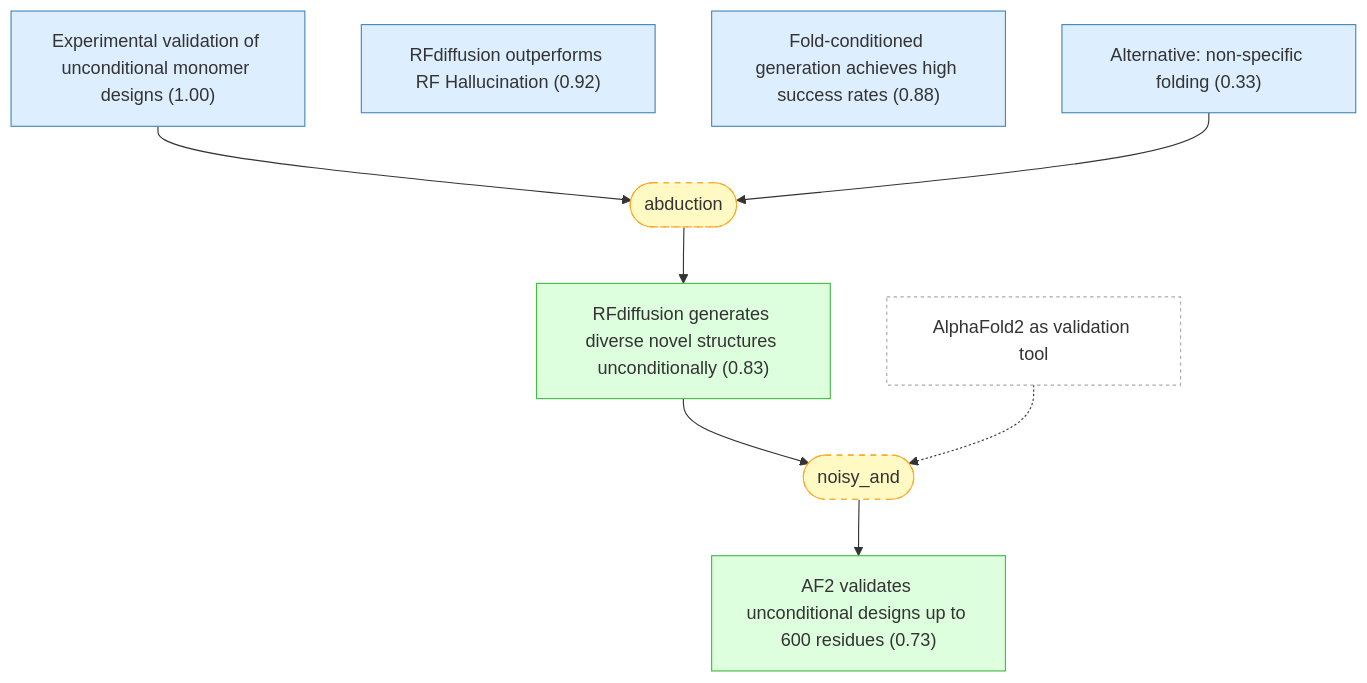
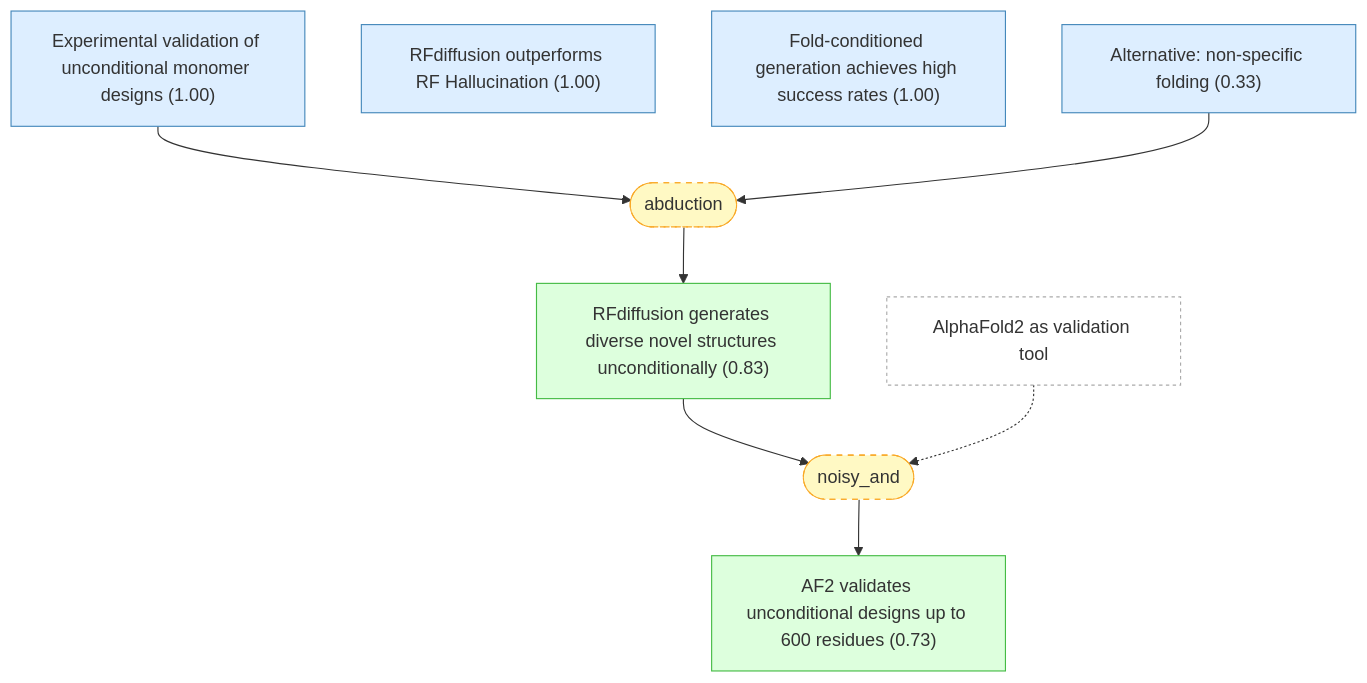
The third of 8 diagrams in README.md (kunyuan/watson-rfdiffusion-2023-gaia), drawn with Mermaid before and after one commit. The commit also changed other lines of this file and 7 other files, not shown here.

````diff
--- a/README.md
+++ b/README.md
@@ -325,28 +325,28 @@
 ```mermaid
 graph TD
     alphafold2_definition["AlphaFold2 as validation tool"]:::external
     unconditional_generates_diverse_structures["RFdiffusion generates diverse novel structures unconditionally (0.83)"]:::derived
     af2_validates_unconditional_designs["AF2 validates unconditional designs up to 600 residues (0.73)"]:::derived
     experimental_validation_monomers["Experimental validation of unconditional monomer designs (1.00)"]:::premise
-    outperforms_hallucination["RFdiffusion outperforms RF Hallucination (0.92)"]:::premise
-    fold_conditioned_generation["Fold-conditioned generation achieves high success rates (0.88)"]:::premise
+    outperforms_hallucination["RFdiffusion outperforms RF Hallucination (1.00)"]:::premise
+    fold_conditioned_generation["Fold-conditioned generation achieves high success rates (1.00)"]:::premise
     alt_nonspecific_folding["Alternative: non-specific folding (0.33)"]:::premise
     strat_4(["noisy_and"]):::weak
     unconditional_generates_diverse_structures --> strat_4
     alphafold2_definition -.-> strat_4
     strat_4 --> af2_validates_unconditional_designs
     strat_5(["abduction"]):::weak
     experimental_validation_monomers --> strat_5
     alt_nonspecific_folding --> strat_5
     strat_5 --> unconditional_generates_diverse_structures
 
     classDef setting fill:#f0f0f0,stroke:#999,color:#333
     classDef premise fill:#ddeeff,stroke:#4488bb,color:#333
     classDef derived fill:#ddffdd,stroke:#44bb44,color:#333
     classDef question fill:#fff3dd,stroke:#cc9944,color:#333
     classDef background fill:#f5f5f5,stroke:#bbb,stroke-dasharray: 5 5,color:#333
     classDef orphan fill:#fff,stroke:#ccc,stroke-dasharray: 5 5,color:#333
     classDef external fill:#fff,stroke:#aaa,stroke-dasharray: 3 3,color:#333
     classDef weak fill:#fff9c4,stroke:#f9a825,stroke-dasharray: 5 5,color:#333
     classDef contra fill:#ffebee,stroke:#c62828,color:#333
 ```
````
